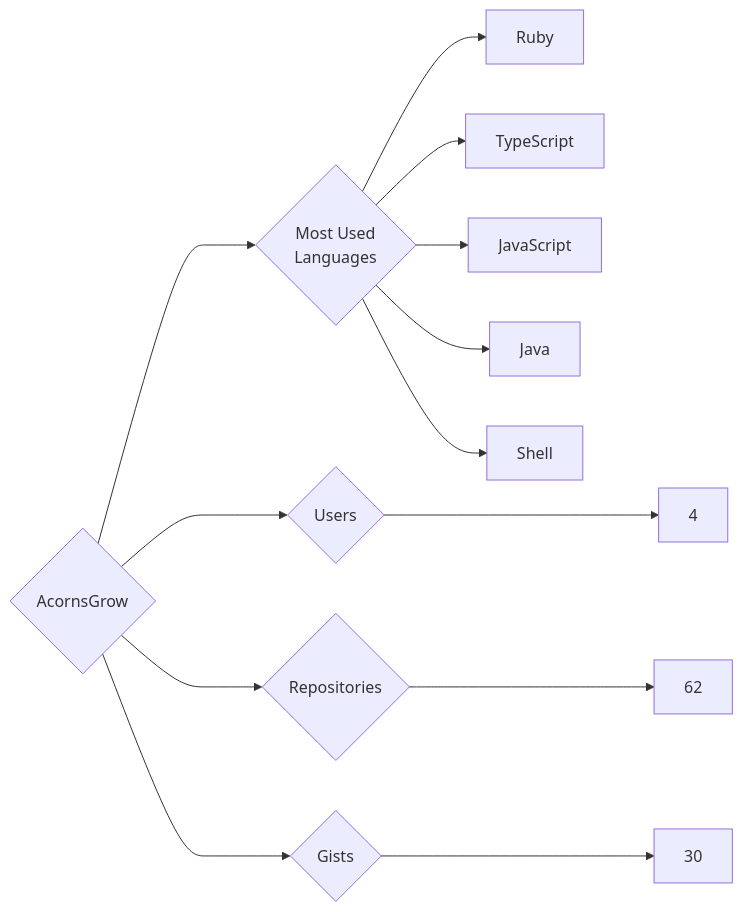
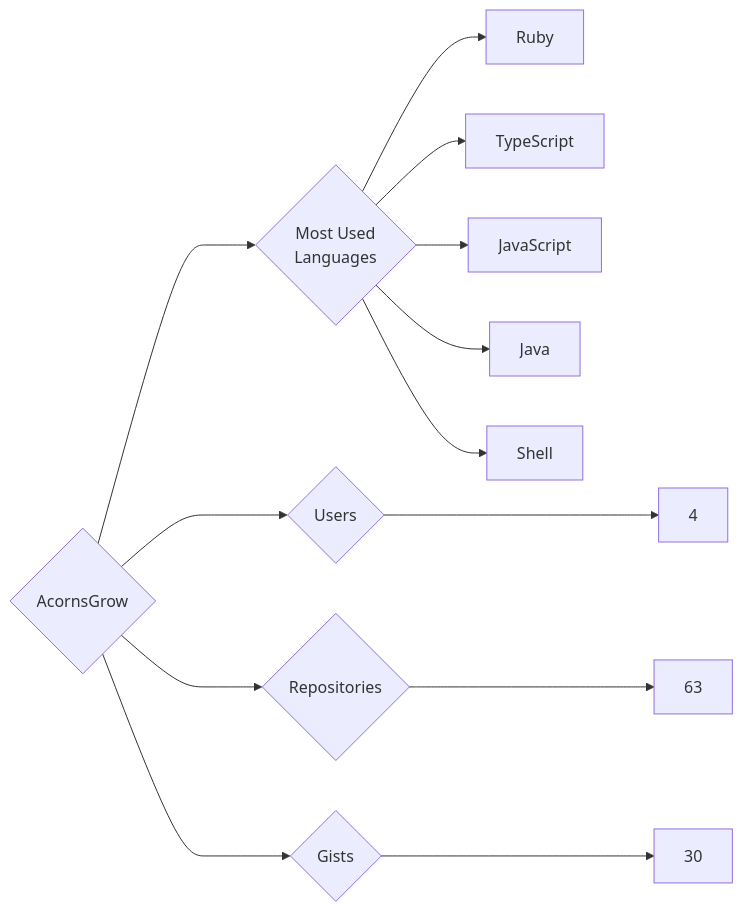
Before and after one commit to trickest/insiders: the diagram in targets/AcornsGrow/README.md, drawn with Mermaid. The commit also changed 773 other files, not shown here.

````diff
--- a/targets/AcornsGrow/README.md
+++ b/targets/AcornsGrow/README.md
@@ -3,13 +3,13 @@
 ```mermaid
 graph LR
 COMPANY_NAME{AcornsGrow}
 COMPANY_NAME ---> U{Users} ---> UN[4]
-COMPANY_NAME ---> R{Repositories} ---> RN[62]
+COMPANY_NAME ---> R{Repositories} ---> RN[63]
 COMPANY_NAME ---> G{Gists} ---> GN[30]
 COMPANY_NAME ---> ML{Most Used<br>Languages}
 ML --> Ruby[Ruby]
 ML --> TypeScript[TypeScript]
 ML --> JavaScript[JavaScript]
 ML --> Java[Java]
 ML --> Shell[Shell]
 ```
````
